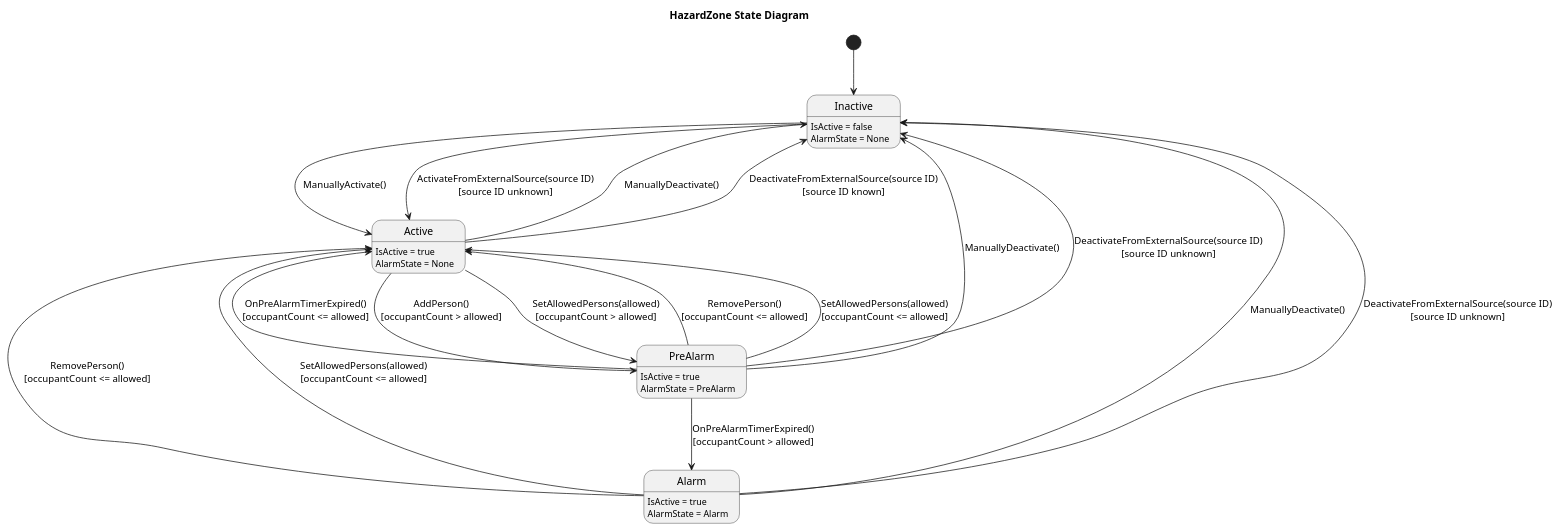
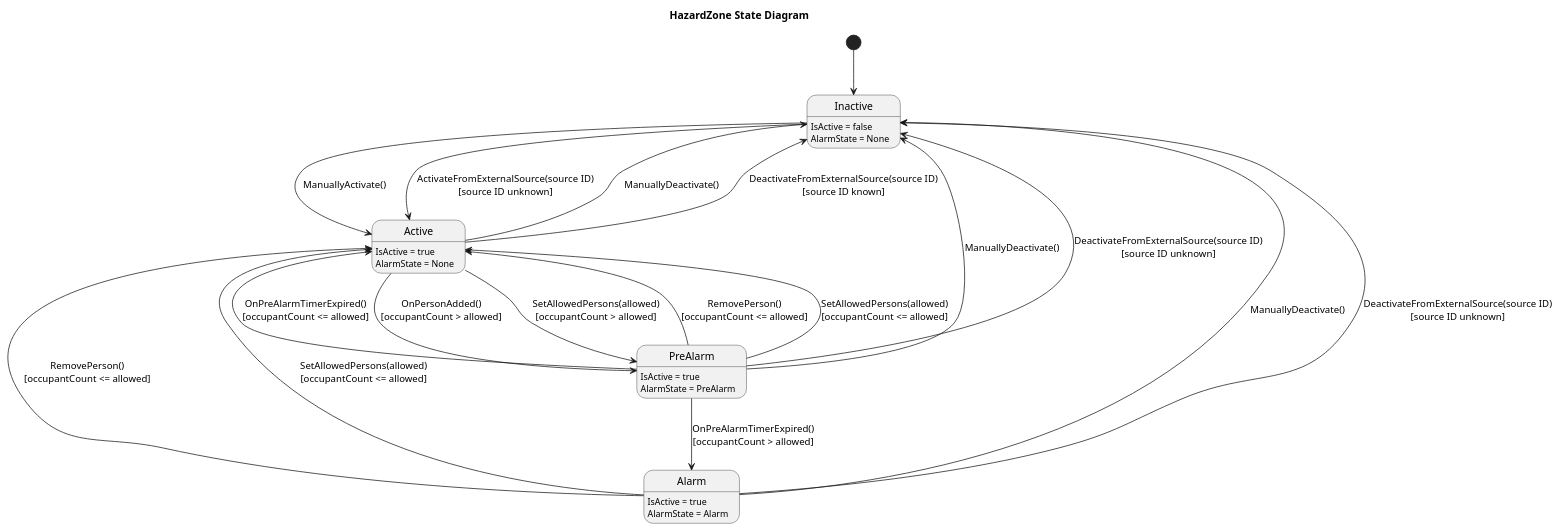
Before and after one commit to nheirbaut/Opilo.HazardZoneMonitor: the diagram in docs/HazardZoneStateDiagram.plantuml, drawn with PlantUML. The commit also changed 2 other files, not shown here.

Commit message:
Go to pre-alarm if person is added to active zone

```diff
--- a/docs/HazardZoneStateDiagram.plantuml
+++ b/docs/HazardZoneStateDiagram.plantuml
@@ -1,57 +1,57 @@
 @startuml
 
 hide empty description
 
 title HazardZone State Diagram
 
 [*] --> Inactive
 
 '------------------------------------------------------------------------------
 ' Inactive (IsActive=false, AlarmState=None)
 '------------------------------------------------------------------------------
 
 Inactive : IsActive = false
 Inactive : AlarmState = None
 
 Inactive --> Active : ManuallyActivate()
 Inactive --> Active : ActivateFromExternalSource(source ID)\n[source ID unknown]
 
 '------------------------------------------------------------------------------
 ' Active (IsActive=true, AlarmState=None)
 '------------------------------------------------------------------------------
 
 Active : IsActive = true
 Active : AlarmState = None
 
-Active --> PreAlarm : AddPerson()\n[occupantCount > allowed]
+Active --> PreAlarm : OnPersonAdded()\n[occupantCount > allowed]
 Active --> PreAlarm : SetAllowedPersons(allowed)\n[occupantCount > allowed]
 Active --> Inactive : ManuallyDeactivate()
 Active --> Inactive : DeactivateFromExternalSource(source ID)\n[source ID known]
 
 '------------------------------------------------------------------------------
 ' PreAlarm (IsActive=true, AlarmState=PreAlarm)
 '------------------------------------------------------------------------------
 
 PreAlarm : IsActive = true
 PreAlarm : AlarmState = PreAlarm
 
 PreAlarm --> Active : RemovePerson()\n[occupantCount <= allowed]
 PreAlarm --> Active : SetAllowedPersons(allowed)\n[occupantCount <= allowed]
 PreAlarm --> Alarm : OnPreAlarmTimerExpired()\n[occupantCount > allowed]
 PreAlarm --> Active : OnPreAlarmTimerExpired()\n[occupantCount <= allowed]
 PreAlarm --> Inactive : ManuallyDeactivate()
 PreAlarm --> Inactive : DeactivateFromExternalSource(source ID)\n[source ID unknown]
 
 '------------------------------------------------------------------------------
 ' Alarm (IsActive=true, AlarmState=Alarm)
 '------------------------------------------------------------------------------
 
 Alarm : IsActive = true
 Alarm : AlarmState = Alarm
 
 Alarm --> Active : RemovePerson()\n[occupantCount <= allowed]
 Alarm --> Active : SetAllowedPersons(allowed)\n[occupantCount <= allowed]
 Alarm --> Inactive : ManuallyDeactivate()
 Alarm --> Inactive : DeactivateFromExternalSource(source ID)\n[source ID unknown]
 
 @enduml
```
